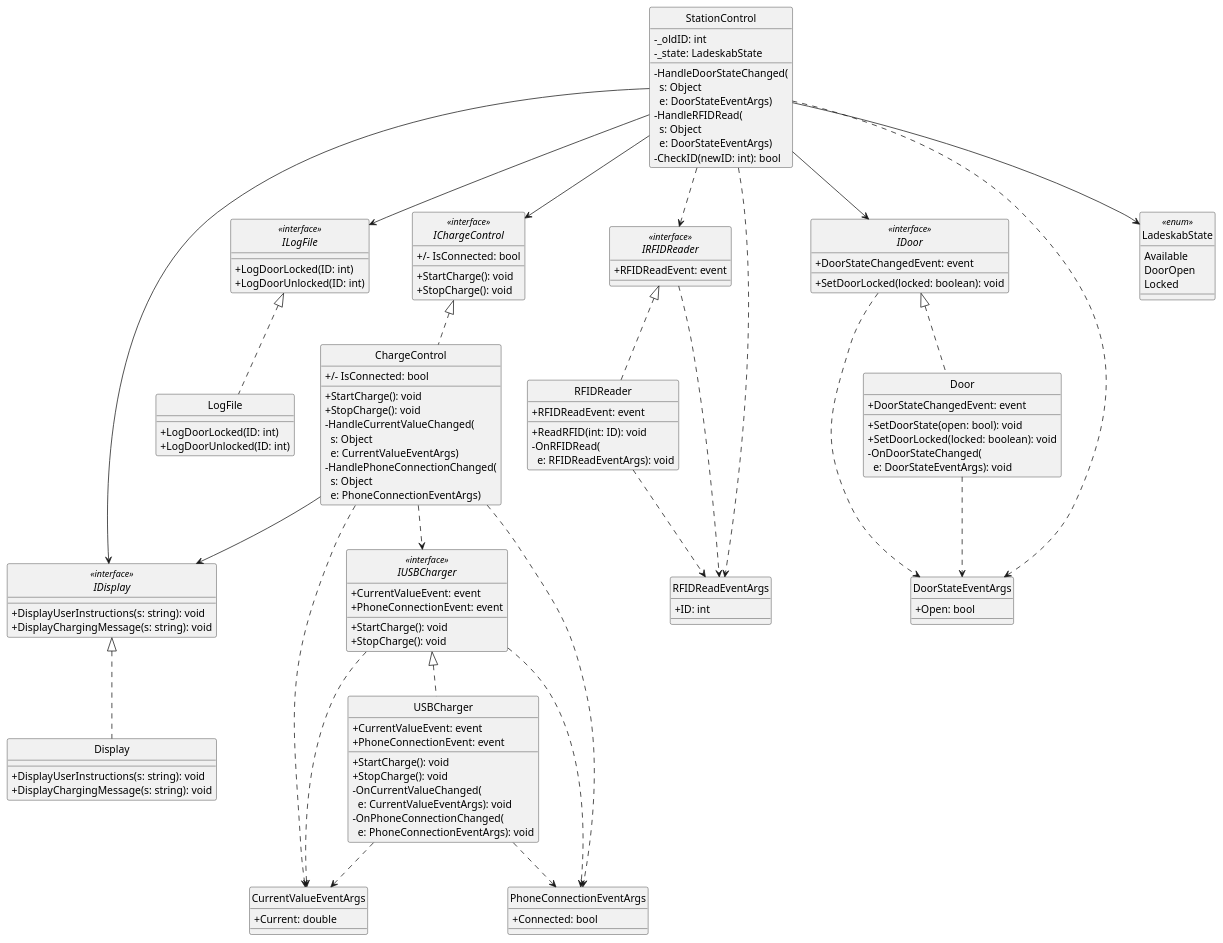
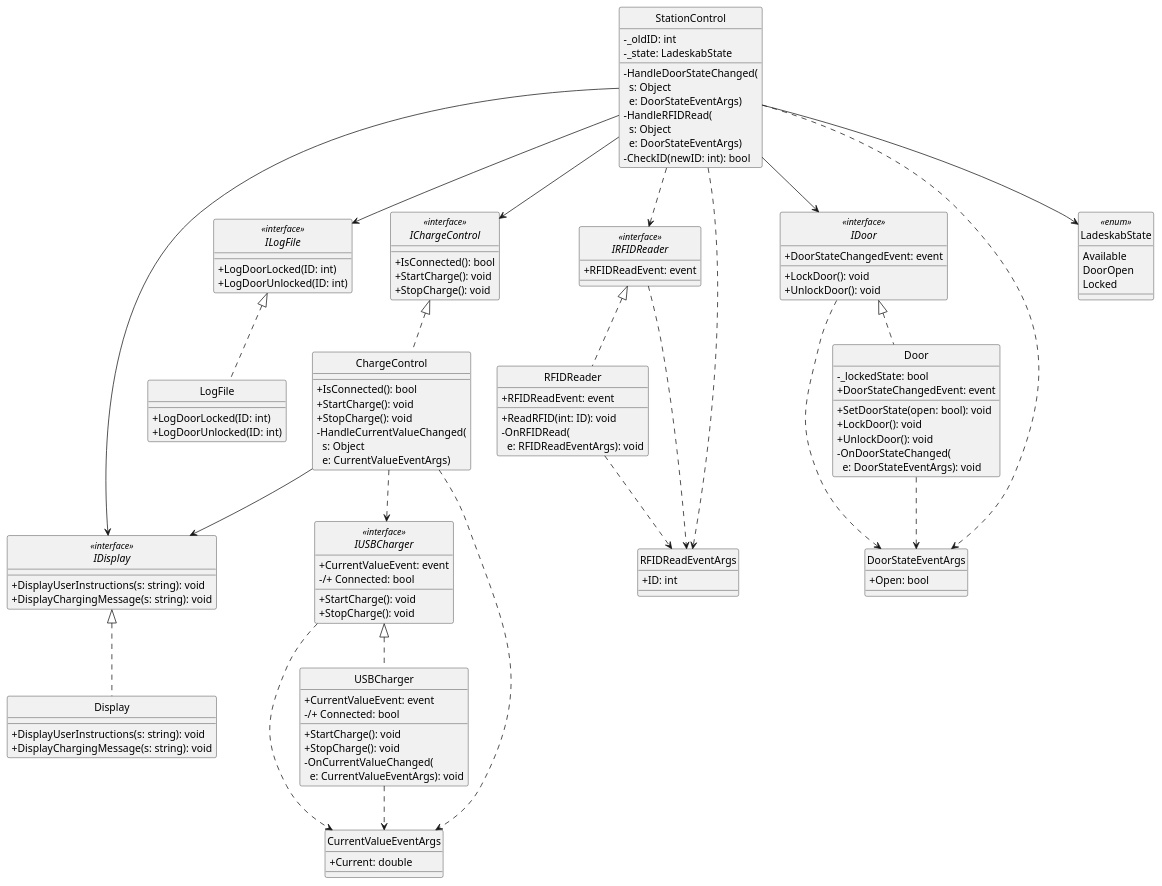
The diagram in UML/ClassDiagram.puml (Yoda92/Aflevering2), drawn with PlantUML before and after one commit. The commit also changed 5 other files, not shown here.

Commit message:
Finished UML for now and added interfaces

```diff
--- a/UML/ClassDiagram.puml
+++ b/UML/ClassDiagram.puml
@@ -1,134 +1,129 @@
 @startuml
 hide circle
 skinparam classAttributeIconSize 0
 
 interface IDoor <<interface>> {
     + DoorStateChangedEvent: event
-    + SetDoorLocked(locked: boolean): void
+    + LockDoor(): void
+    + UnlockDoor(): void
 }
 
 class Door {
+    - _lockedState: bool
     + DoorStateChangedEvent: event
     + SetDoorState(open: bool): void
-    + SetDoorLocked(locked: boolean): void
+    + LockDoor(): void
+    + UnlockDoor(): void
     - OnDoorStateChanged(\n  e: DoorStateEventArgs): void
 }
 
 class DoorStateEventArgs {
     + Open: bool
 }
 
 interface IRFIDReader <<interface>>{
     + RFIDReadEvent: event
 }
 
 class RFIDReader {
     + RFIDReadEvent: event
     + ReadRFID(int: ID): void
     - OnRFIDRead(\n  e: RFIDReadEventArgs): void
 }
 
 class RFIDReadEventArgs {
     + ID: int
 }
 
 class StationControl {
     - _oldID: int
     - _state: LadeskabState
     - HandleDoorStateChanged(\n  s: Object\n  e: DoorStateEventArgs)
     - HandleRFIDRead(\n  s: Object\n  e: DoorStateEventArgs)
     - CheckID(newID: int): bool
 }
 
 enum LadeskabState <<enum>>{
     Available
     DoorOpen
     Locked
 }
 
 interface IUSBCharger <<interface>>{
     + CurrentValueEvent: event
-    + PhoneConnectionEvent: event
     + StartCharge(): void
     + StopCharge(): void
+    -/+ Connected: bool
 }
 
 class CurrentValueEventArgs {
     + Current: double
 }
 
-class PhoneConnectionEventArgs {
-    + Connected: bool
-}
 
 class USBCharger {
     + CurrentValueEvent: event
-    + PhoneConnectionEvent: event
     + StartCharge(): void
     + StopCharge(): void
     - OnCurrentValueChanged(\n  e: CurrentValueEventArgs): void
-    - OnPhoneConnectionChanged(\n  e: PhoneConnectionEventArgs): void
+    -/+ Connected: bool
 }
 
 interface IChargeControl <<interface>>{
-    +/- IsConnected: bool
+    + IsConnected(): bool
     + StartCharge(): void
     + StopCharge(): void
 }
 
 class ChargeControl {
-    +/- IsConnected: bool
+    + IsConnected(): bool
     + StartCharge(): void
     + StopCharge(): void
     - HandleCurrentValueChanged(\n  s: Object\n  e: CurrentValueEventArgs)
-    - HandlePhoneConnectionChanged(\n  s: Object\n  e: PhoneConnectionEventArgs)
 }
 
 interface IDisplay <<interface>>{
     + DisplayUserInstructions(s: string): void
     + DisplayChargingMessage(s: string): void
 }
 
 class Display {
     + DisplayUserInstructions(s: string): void
     + DisplayChargingMessage(s: string): void
 }
 
 interface ILogFile <<interface>>{
     + LogDoorLocked(ID: int)
     + LogDoorUnlocked(ID: int)
 }
 
 class LogFile {
     + LogDoorLocked(ID: int)
     + LogDoorUnlocked(ID: int)
 }
 
 
 Door .up.|> IDoor
 StationControl --> IDoor
 RFIDReader .up.|> IRFIDReader
 RFIDReader ..> RFIDReadEventArgs
 IRFIDReader ..> RFIDReadEventArgs
 StationControl ..> IRFIDReader
 USBCharger .up.|> IUSBCharger
 USBCharger ..> CurrentValueEventArgs
 IUSBCharger ..> CurrentValueEventArgs
-USBCharger ..> PhoneConnectionEventArgs
-IUSBCharger ..> PhoneConnectionEventArgs
 ChargeControl ..> IUSBCharger
 StationControl --> IChargeControl
 ChargeControl .up.|> IChargeControl
 LogFile .up.|> ILogFile
 StationControl --> ILogFile
 Display .up.|> IDisplay
 StationControl --> IDisplay
 ChargeControl --> IDisplay 
 StationControl --> LadeskabState
 StationControl ..> RFIDReadEventArgs
 StationControl ..> DoorStateEventArgs
 IDoor ..> DoorStateEventArgs
 Door ..> DoorStateEventArgs
 ChargeControl ..> CurrentValueEventArgs
-ChargeControl ..> PhoneConnectionEventArgs
 @enduml
```
